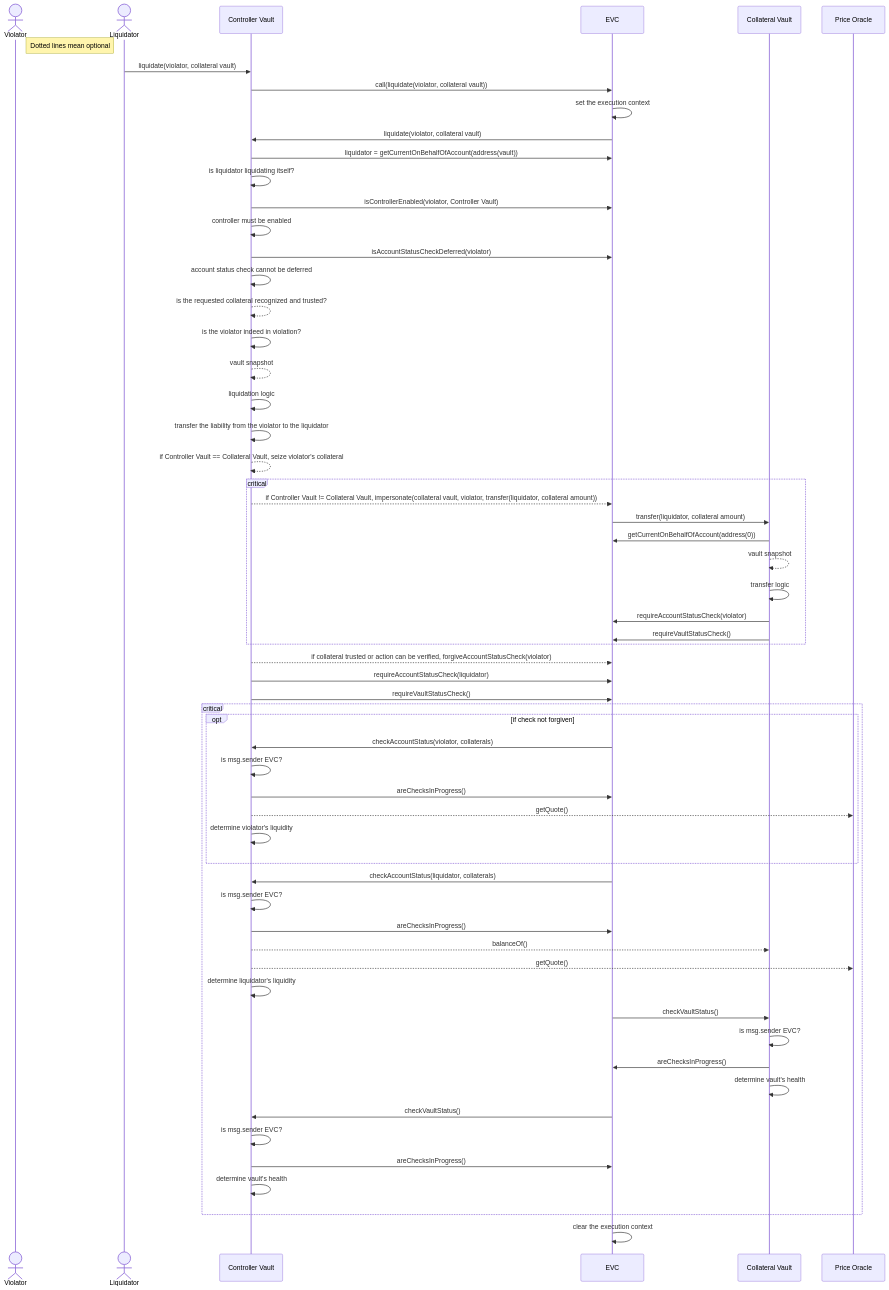
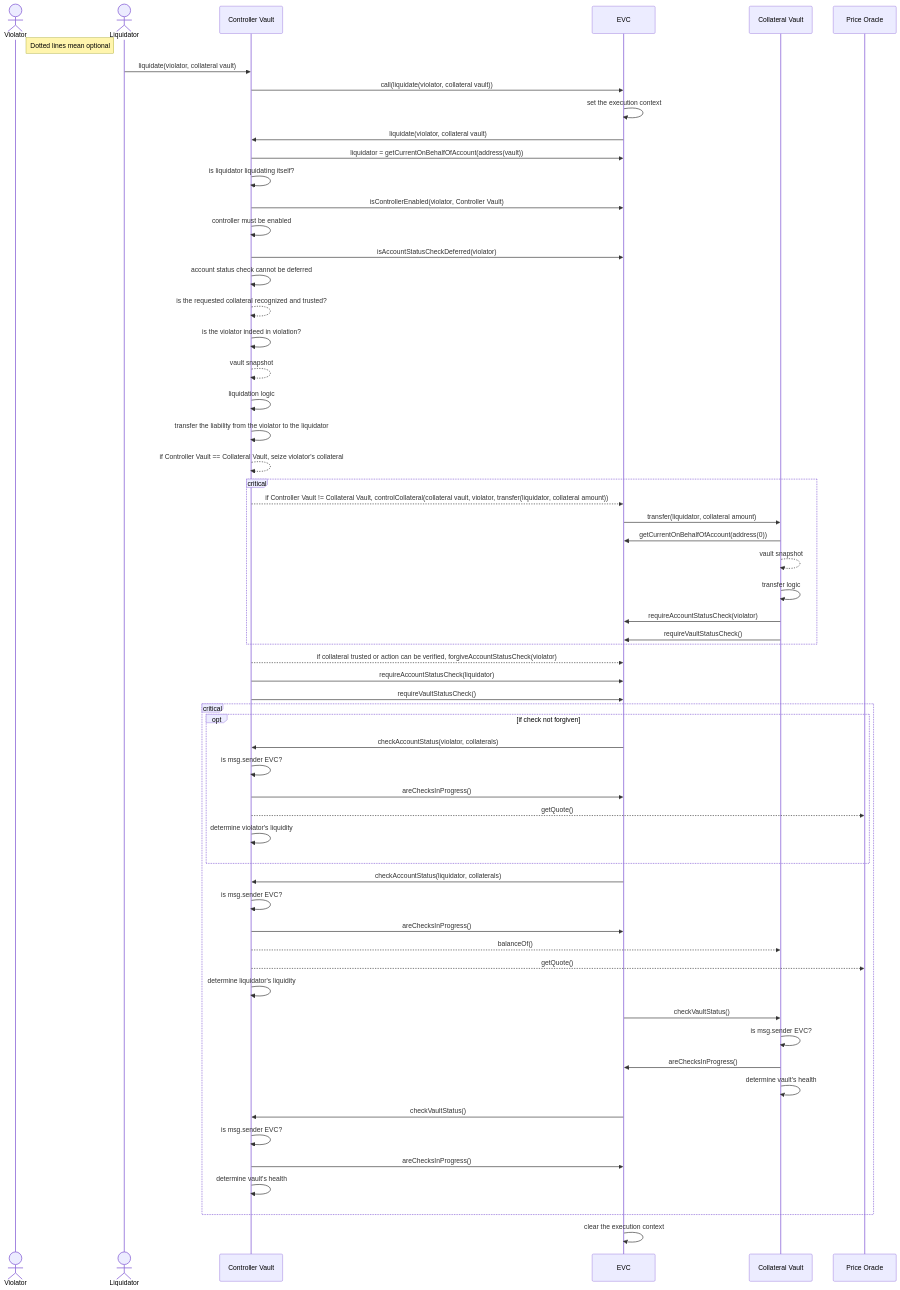
Before and after one commit to seinj0312/ethereum-vault-connector: the diagram in docs/diagrams/Liquidation Interaction Sequence.md, drawn with Mermaid. The commit also changed 27 other files, not shown here.

````diff
--- a/docs/diagrams/Liquidation Interaction Sequence.md
+++ b/docs/diagrams/Liquidation Interaction Sequence.md
@@ -1,71 +1,71 @@
 ```mermaid
 sequenceDiagram
     actor Violator
     Note right of Violator: Dotted lines mean optional
     actor Liquidator
     participant Controller Vault
     participant EVC
     participant Collateral Vault
     participant Price Oracle
 
     Liquidator->>Controller Vault: liquidate(violator, collateral vault)
     Controller Vault->>EVC: call(liquidate(violator, collateral vault))
     EVC->>EVC: set the execution context
     EVC->>Controller Vault: liquidate(violator, collateral vault)
 
     Controller Vault->>EVC: liquidator = getCurrentOnBehalfOfAccount(address(vault))
     Controller Vault->>Controller Vault: is liquidator liquidating itself?
     Controller Vault->>EVC: isControllerEnabled(violator, Controller Vault)
     Controller Vault->>Controller Vault: controller must be enabled
     Controller Vault->>EVC: isAccountStatusCheckDeferred(violator)
     Controller Vault->>Controller Vault: account status check cannot be deferred
     Controller Vault-->>Controller Vault: is the requested collateral recognized and trusted?
     Controller Vault->>Controller Vault: is the violator indeed in violation?
     Controller Vault-->>Controller Vault: vault snapshot
     Controller Vault->>Controller Vault: liquidation logic
     Controller Vault->>Controller Vault: transfer the liability from the violator to the liquidator
     Controller Vault-->>Controller Vault: if Controller Vault == Collateral Vault, seize violator's collateral
 
     critical
-        Controller Vault-->>EVC: if Controller Vault != Collateral Vault, impersonate(collateral vault, violator, transfer(liquidator, collateral amount))
+        Controller Vault-->>EVC: if Controller Vault != Collateral Vault, controlCollateral(collateral vault, violator, transfer(liquidator, collateral amount))
         EVC->>Collateral Vault: transfer(liquidator, collateral amount)
         Collateral Vault->>EVC: getCurrentOnBehalfOfAccount(address(0))
         Collateral Vault-->>Collateral Vault: vault snapshot
         Collateral Vault->>Collateral Vault: transfer logic
         Collateral Vault->>EVC: requireAccountStatusCheck(violator)
         Collateral Vault->>EVC: requireVaultStatusCheck()
     end
 
     Controller Vault-->>EVC: if collateral trusted or action can be verified, forgiveAccountStatusCheck(violator)
     Controller Vault->>EVC: requireAccountStatusCheck(liquidator)
     Controller Vault->>EVC: requireVaultStatusCheck()
 
     critical
         opt if check not forgiven
             EVC->>Controller Vault: checkAccountStatus(violator, collaterals)
             Controller Vault->>Controller Vault: is msg.sender EVC?
             Controller Vault->>EVC: areChecksInProgress()
             Controller Vault-->>Price Oracle: getQuote()
             Controller Vault->>Controller Vault: determine violator's liquidity
         end
 
         EVC->>Controller Vault: checkAccountStatus(liquidator, collaterals)
         Controller Vault->>Controller Vault: is msg.sender EVC?
         Controller Vault->>EVC: areChecksInProgress()
         Controller Vault-->>Collateral Vault: balanceOf()
         Controller Vault-->>Price Oracle: getQuote()
         Controller Vault->>Controller Vault: determine liquidator's liquidity
 
         EVC->>Collateral Vault: checkVaultStatus()
         Collateral Vault->>Collateral Vault: is msg.sender EVC?
         Collateral Vault->>EVC: areChecksInProgress()
         Collateral Vault->>Collateral Vault: determine vault's health
 
         EVC->>Controller Vault: checkVaultStatus()
         Controller Vault->>Controller Vault: is msg.sender EVC?
         Controller Vault->>EVC: areChecksInProgress()
         Controller Vault->>Controller Vault: determine vault's health
     end
 
     EVC->>EVC: clear the execution context
 ```
````
